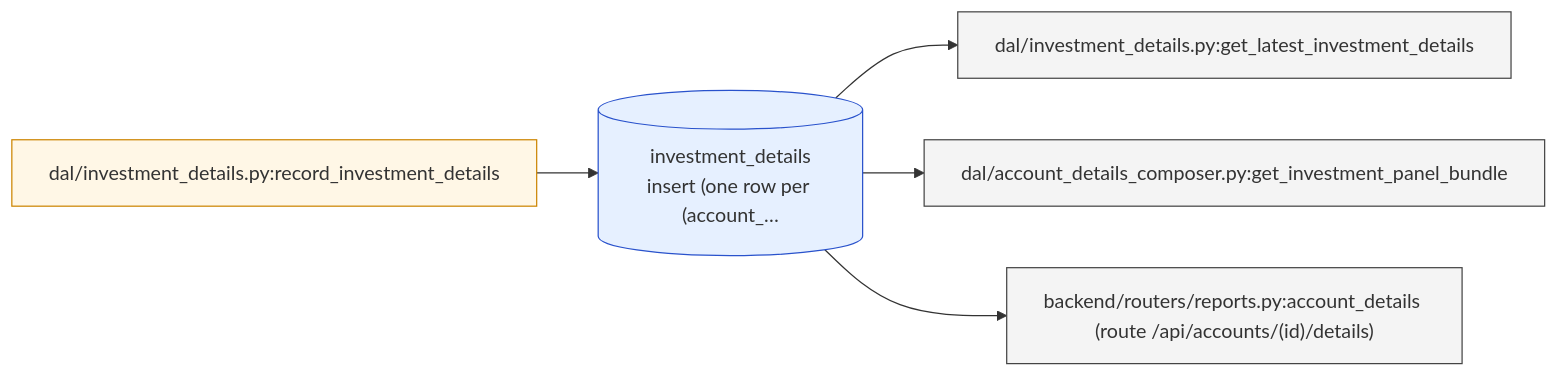
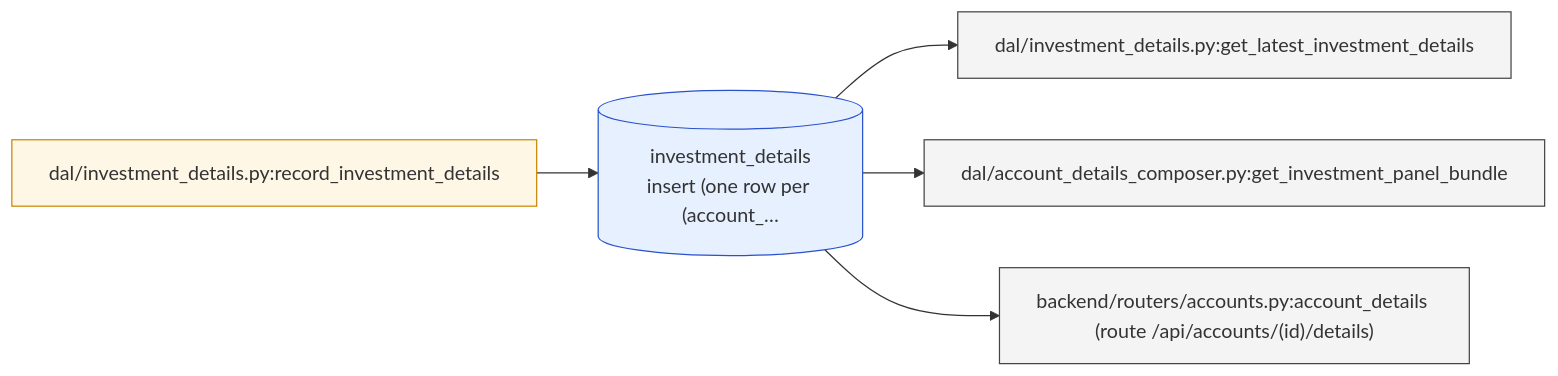
The diagram in docs/data-lineage/diagrams/investment_details_snapshot.mmd (wileyqe/Sentry-Finance), drawn with Mermaid before and after one commit. The commit also changed 6 other files, not shown here.

First line of the commit message:
refactor(api): move /api/accounts/{id}/details to accounts.py + DAL

```diff
--- a/docs/data-lineage/diagrams/investment_details_snapshot.mmd
+++ b/docs/data-lineage/diagrams/investment_details_snapshot.mmd
@@ -1,23 +1,23 @@
 %% Auto-generated by build_diagrams.py — do not edit by hand.
 %% Event: investment_details_snapshot (class: external_force)
 %% Investment details KV snapshot (P15-T09)
 graph LR
   origin["dal/investment_details.py:record_investment_details"]
   tbl_investment_details[("investment_details<br/>insert (one row per (account_…")]
   origin --> tbl_investment_details
   dc0_get_latest_investment_details["dal/investment_details.py:get_latest_investment_details"]
   dc1_get_investment_panel_bundle["dal/account_details_composer.py:get_investment_panel_bundle"]
-  dc2_account_details_route_api_accounts_id_details["backend/routers/reports.py:account_details (route /api/accounts/(id)/details)"]
+  dc2_account_details_route_api_accounts_id_details["backend/routers/accounts.py:account_details (route /api/accounts/(id)/details)"]
   tbl_investment_details --> dc0_get_latest_investment_details
   tbl_investment_details --> dc1_get_investment_panel_bundle
   tbl_investment_details --> dc2_account_details_route_api_accounts_id_details
 
   classDef origin fill:#fff7e6,stroke:#cc8400,stroke-width:1px;
   classDef table fill:#e6f0ff,stroke:#2952cc,stroke-width:1px;
   classDef consumer fill:#f4f4f4,stroke:#444,stroke-width:1px;
   classDef derivation fill:#eef9e6,stroke:#3d7a1f,stroke-width:1px;
   classDef ui fill:#fde6f0,stroke:#a5226f,stroke-width:1px;
   classDef effect fill:#f6e6ff,stroke:#5e2a82,stroke-width:1px;
   class origin origin;
   class tbl_investment_details table;
   class dc0_get_latest_investment_details,dc1_get_investment_panel_bundle,dc2_account_details_route_api_accounts_id_details consumer;
```
